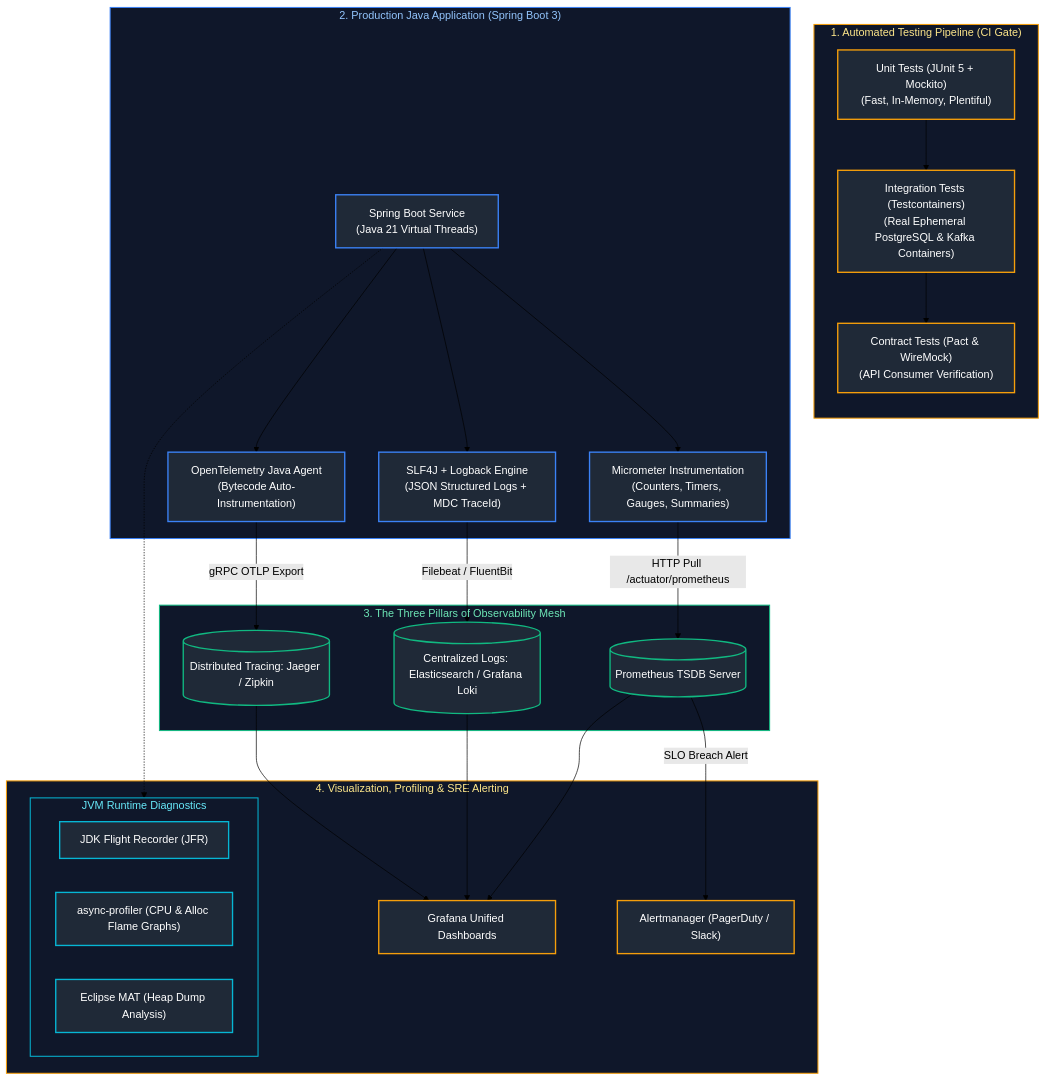
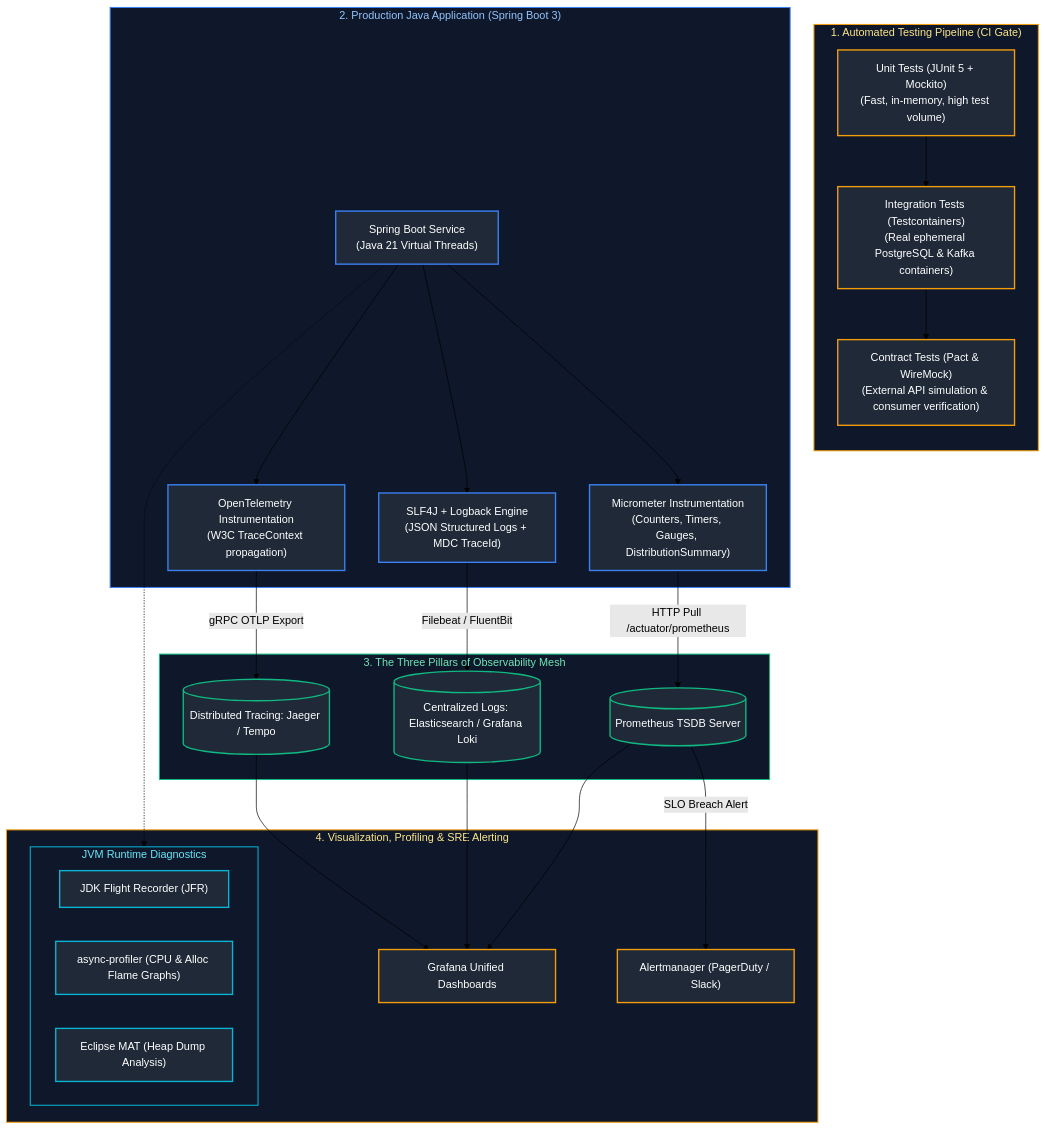
Before and after one commit to joydeep-biswas/Interview-Preparation: the first of 5 diagrams in Java Backend Engineering/14_testing_observability_performance_production_engineering.md, drawn with Mermaid (forest theme). The commit also changed other lines of this file and 143 other files, not shown here.

````diff
--- a/Java Backend Engineering/14_testing_observability_performance_production_engineering.md
+++ b/Java Backend Engineering/14_testing_observability_performance_production_engineering.md
@@ -9,63 +9,62 @@
 ```mermaid
 flowchart TD
     subgraph Testing_Pyramid_CI["1. Automated Testing Pipeline (CI Gate)"]
         direction TB
-        UnitTests["Unit Tests (JUnit 5 + Mockito)<br/>(Fast, In-Memory, Plentiful)"]
-        TestcontainersFlow["Integration Tests (Testcontainers)<br/>(Real Ephemeral PostgreSQL & Kafka Containers)"]
-        ContractTests["Contract Tests (Pact & WireMock)<br/>(API Consumer Verification)"]
+        UnitTests["Unit Tests (JUnit 5 + Mockito)<br/>(Fast, in-memory, high test volume)"]
+        TestcontainersFlow["Integration Tests (Testcontainers)<br/>(Real ephemeral PostgreSQL & Kafka containers)"]
+        ContractTests["Contract Tests (Pact & WireMock)<br/>(External API simulation & consumer verification)"]
         UnitTests --> TestcontainersFlow --> ContractTests
     end
 
     subgraph Production_Workload["2. Production Java Application (Spring Boot 3)"]
         App["Spring Boot Service<br/>(Java 21 Virtual Threads)"]
         Logback["SLF4J + Logback Engine<br/>(JSON Structured Logs + MDC TraceId)"]
-        Micrometer["Micrometer Instrumentation<br/>(Counters, Timers, Gauges, Summaries)"]
-        OTelAgent["OpenTelemetry Java Agent<br/>(Bytecode Auto-Instrumentation)"]
-        
+        Micrometer["Micrometer Instrumentation<br/>(Counters, Timers, Gauges, DistributionSummary)"]
+        OTelAgent["OpenTelemetry Instrumentation<br/>(W3C TraceContext propagation)"]
+
         App --> Logback
         App --> Micrometer
         App --> OTelAgent
     end
 
     subgraph Observability_Mesh["3. The Three Pillars of Observability Mesh"]
         Logback -->|Filebeat / FluentBit| CentralLogs[("Centralized Logs: Elasticsearch / Grafana Loki")]
         Micrometer -->|HTTP Pull /actuator/prometheus| Prometheus[("Prometheus TSDB Server")]
-        OTelAgent -->|gRPC OTLP Export| Jaeger[("Distributed Tracing: Jaeger / Zipkin")]
+        OTelAgent -->|gRPC OTLP Export| Jaeger[("Distributed Tracing: Jaeger / Tempo")]
     end
 
     subgraph Visualization_Alerting["4. Visualization, Profiling & SRE Alerting"]
         Prometheus --> Grafana["Grafana Unified Dashboards"]
         CentralLogs --> Grafana
         Jaeger --> Grafana
         Prometheus -->|SLO Breach Alert| Alertmanager["Alertmanager (PagerDuty / Slack)"]
-        
+
         subgraph Diagnostics["JVM Runtime Diagnostics"]
             JFR["JDK Flight Recorder (JFR)"]
             AsyncProf["async-profiler (CPU & Alloc Flame Graphs)"]
             MAT["Eclipse MAT (Heap Dump Analysis)"]
         end
         App -.-> Diagnostics
     end
 
     style Testing_Pyramid_CI fill:#0f172a,stroke:#f59e0b,stroke-width:1.5px,color:#fde68a
     style Production_Workload fill:#0f172a,stroke:#3b82f6,stroke-width:1.5px,color:#93c5fd
     style Observability_Mesh fill:#0f172a,stroke:#10b981,stroke-width:1.5px,color:#6ee7b7
     style Visualization_Alerting fill:#0f172a,stroke:#f59e0b,stroke-width:1.5px,color:#fde68a
     style Diagnostics fill:#0f172a,stroke:#06b6d4,stroke-width:1.5px,color:#67e8f9
-
     style UnitTests fill:#1f2937,stroke:#f59e0b,stroke-width:2px,color:#fff
     style TestcontainersFlow fill:#1f2937,stroke:#f59e0b,stroke-width:2px,color:#fff
     style ContractTests fill:#1f2937,stroke:#f59e0b,stroke-width:2px,color:#fff
     style App fill:#1f2937,stroke:#3b82f6,stroke-width:2px,color:#fff
     style Logback fill:#1f2937,stroke:#3b82f6,stroke-width:2px,color:#fff
     style Micrometer fill:#1f2937,stroke:#3b82f6,stroke-width:2px,color:#fff
     style OTelAgent fill:#1f2937,stroke:#3b82f6,stroke-width:2px,color:#fff
     style CentralLogs fill:#1f2937,stroke:#10b981,stroke-width:2px,color:#fff
     style Prometheus fill:#1f2937,stroke:#10b981,stroke-width:2px,color:#fff
     style Jaeger fill:#1f2937,stroke:#10b981,stroke-width:2px,color:#fff
     style Grafana fill:#1f2937,stroke:#f59e0b,stroke-width:2px,color:#fff
     style Alertmanager fill:#1f2937,stroke:#f59e0b,stroke-width:2px,color:#fff
     style JFR fill:#1f2937,stroke:#06b6d4,stroke-width:2px,color:#fff
     style AsyncProf fill:#1f2937,stroke:#06b6d4,stroke-width:2px,color:#fff
     style MAT fill:#1f2937,stroke:#06b6d4,stroke-width:2px,color:#fff
 ```
````
